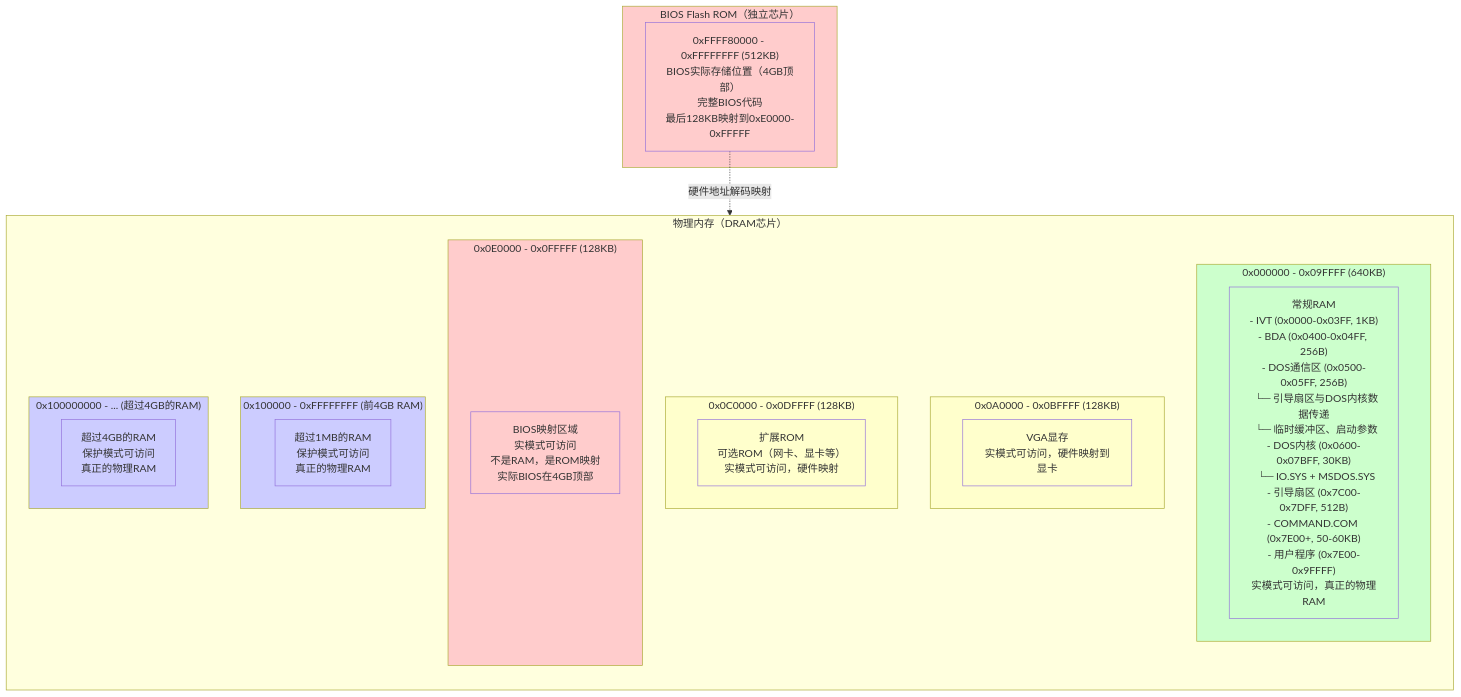
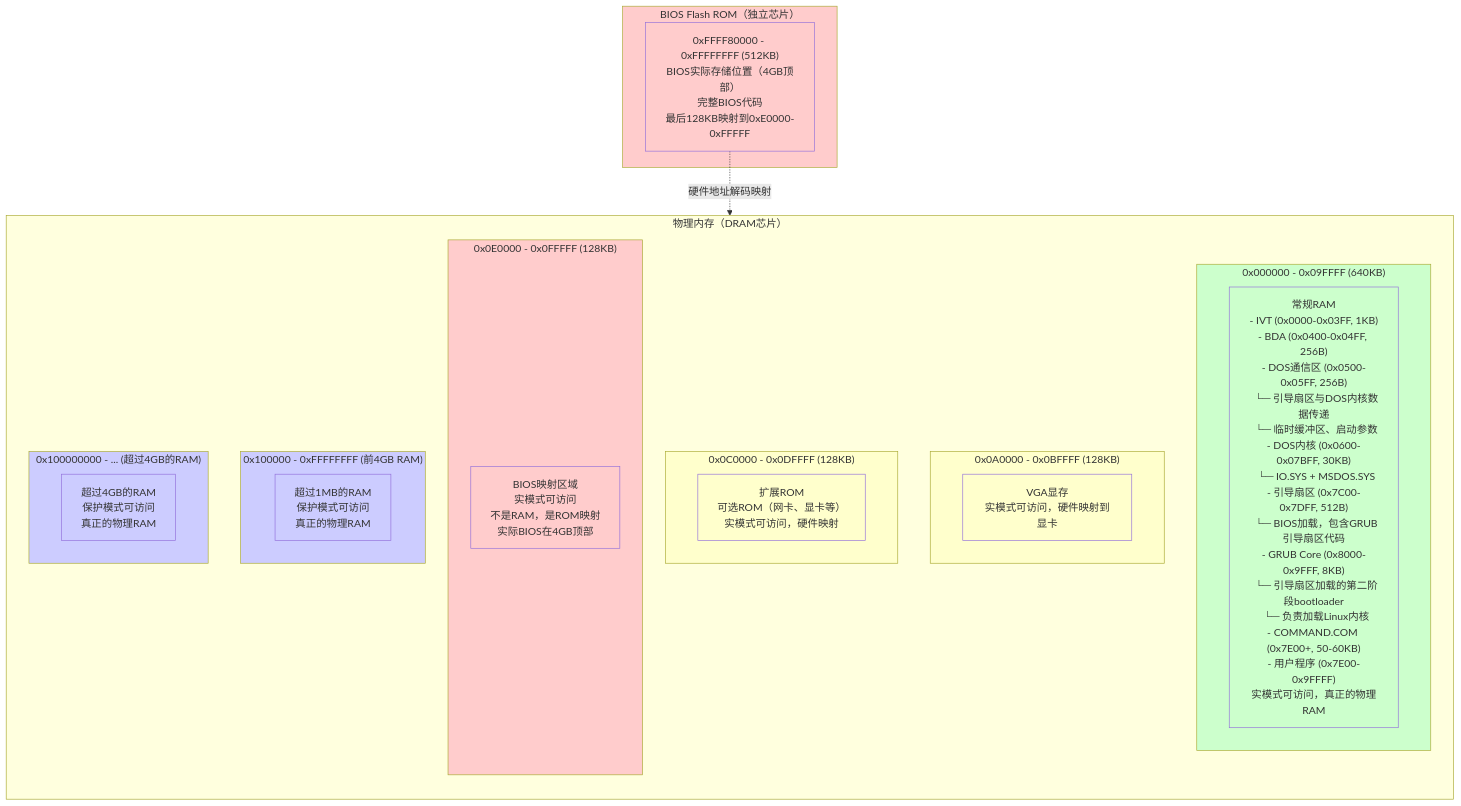
Before and after one commit to liweinan/bootimage-example: the diagram in BIOS_MEMORY_LAYOUT.md, drawn with Mermaid. The commit also changed other lines of this file, not shown here.

First line of the commit message:
在 BIOS_MEMORY_LAYOUT.md 和 BOOT_FLOW.md 中标注 GRUB Core 内存位置

````diff
--- a/BIOS_MEMORY_LAYOUT.md
+++ b/BIOS_MEMORY_LAYOUT.md
@@ -287,51 +287,51 @@
    ```mermaid
    flowchart TB
        subgraph DRAM["物理内存（DRAM芯片）"]
            direction TB
            
            subgraph Low640KB["0x000000 - 0x09FFFF (640KB)"]
-               LowRAM["常规RAM<br/>- IVT (0x0000-0x03FF, 1KB)<br/>- BDA (0x0400-0x04FF, 256B)<br/>- DOS通信区 (0x0500-0x05FF, 256B)<br/>  └─ 引导扇区与DOS内核数据传递<br/>  └─ 临时缓冲区、启动参数<br/>- DOS内核 (0x0600-0x07BFF, 30KB)<br/>  └─ IO.SYS + MSDOS.SYS<br/>- 引导扇区 (0x7C00-0x7DFF, 512B)<br/>- COMMAND.COM (0x7E00+, 50-60KB)<br/>- 用户程序 (0x7E00-0x9FFFF)<br/>实模式可访问，真正的物理RAM"]
+               LowRAM["常规RAM<br/>- IVT (0x0000-0x03FF, 1KB)<br/>- BDA (0x0400-0x04FF, 256B)<br/>- DOS通信区 (0x0500-0x05FF, 256B)<br/>  └─ 引导扇区与DOS内核数据传递<br/>  └─ 临时缓冲区、启动参数<br/>- DOS内核 (0x0600-0x07BFF, 30KB)<br/>  └─ IO.SYS + MSDOS.SYS<br/>- 引导扇区 (0x7C00-0x7DFF, 512B)<br/>  └─ BIOS加载，包含GRUB引导扇区代码<br/>- GRUB Core (0x8000-0x9FFF, 8KB)<br/>  └─ 引导扇区加载的第二阶段bootloader<br/>  └─ 负责加载Linux内核<br/>- COMMAND.COM (0x7E00+, 50-60KB)<br/>- 用户程序 (0x7E00-0x9FFFF)<br/>实模式可访问，真正的物理RAM"]
            end
            
            subgraph VGARAM["0x0A0000 - 0x0BFFFF (128KB)"]
                VGAMem["VGA显存<br/>实模式可访问，硬件映射到显卡"]
            end
            
            subgraph ExtROM["0x0C0000 - 0x0DFFFF (128KB)"]
                OptionROM["扩展ROM<br/>可选ROM（网卡、显卡等）<br/>实模式可访问，硬件映射"]
            end
            
            subgraph BIOSMap["0x0E0000 - 0x0FFFFF (128KB)"]
                BIOSMapped["BIOS映射区域<br/>实模式可访问<br/>不是RAM，是ROM映射<br/>实际BIOS在4GB顶部"]
            end
            
            subgraph Above1MB["0x100000 - 0xFFFFFFFF (前4GB RAM)"]
                RAM4GB["超过1MB的RAM<br/>保护模式可访问<br/>真正的物理RAM"]
            end
            
            subgraph Above4GB["0x100000000 - ... (超过4GB的RAM)"]
                RAM8GB["超过4GB的RAM<br/>保护模式可访问<br/>真正的物理RAM"]
            end
        end
        
        subgraph BIOSROM["BIOS Flash ROM（独立芯片）"]
            BIOSFull["0xFFFF80000 - 0xFFFFFFFF (512KB)<br/>BIOS实际存储位置（4GB顶部）<br/>完整BIOS代码<br/>最后128KB映射到0xE0000-0xFFFFF"]
        end
        
        BIOSFull -.->|"硬件地址解码映射"| BIOSMapped
        
        style Low640KB fill:#ccffcc
        style LowRAM fill:#ccffcc
        style VGARAM fill:#ffffcc
        style VGAMem fill:#ffffcc
        style ExtROM fill:#ffffcc
        style OptionROM fill:#ffffcc
        style BIOSMap fill:#ffcccc
        style BIOSMapped fill:#ffcccc
        style Above1MB fill:#ccccff
        style RAM4GB fill:#ccccff
        style Above4GB fill:#ccccff
        style RAM8GB fill:#ccccff
        style BIOSROM fill:#ffcccc
        style BIOSFull fill:#ffcccc
    ```
````
